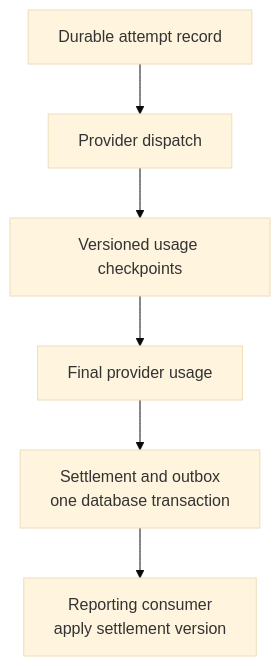
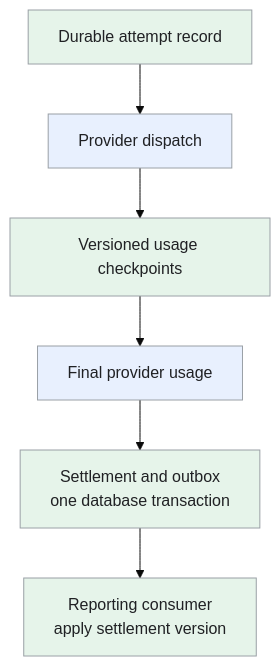
The fourth of 4 diagrams in _designs/system-design-openrouter.md (iliazlobin/iliazlobin.github.io), drawn with Mermaid (base theme) before and after one commit. The commit also changed other lines of this file and 20 other files, not shown here.

Commit message:
Improve design flows, tradeoffs, and technology references

````diff
--- a/_designs/system-design-openrouter.md
+++ b/_designs/system-design-openrouter.md
@@ -339,8 +404,13 @@
 ```mermaid
 flowchart TB
     A["Durable attempt record"] --> B["Provider dispatch"]
     B --> C["Versioned usage checkpoints"]
     C --> D["Final provider usage"]
     D --> E["Settlement and outbox<br>one database transaction"]
     E --> F["Reporting consumer<br>apply settlement version"]
+  classDef request fill:#e8f0fe,stroke:#9aa0a6,color:#202124,stroke-width:1px
+  classDef background fill:#e6f4ea,stroke:#9aa0a6,color:#202124,stroke-width:1px
+  classDef control fill:#fef7e0,stroke:#9aa0a6,color:#202124,stroke-width:1px
+  class B,D request
+  class A,C,E,F background
 ```
````
